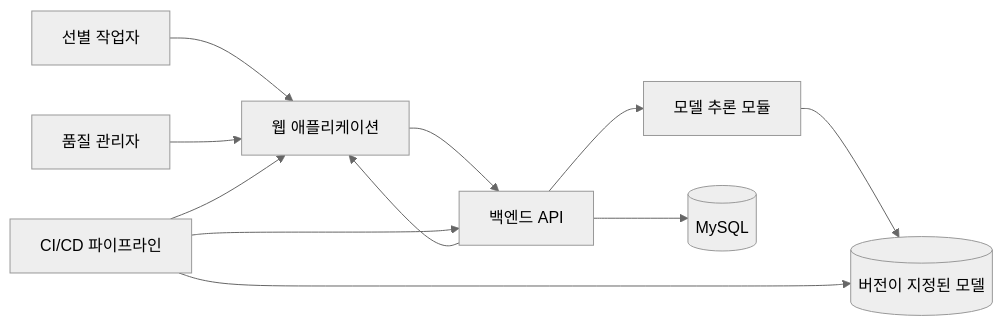
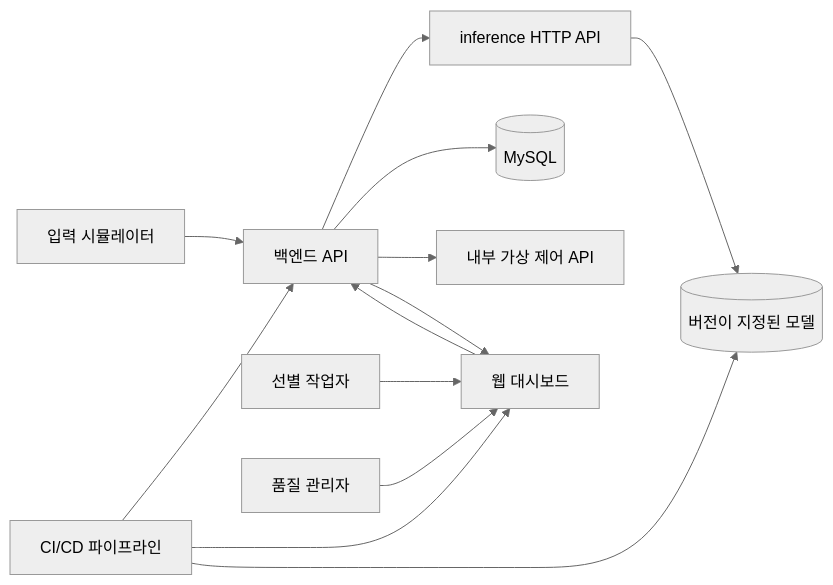
One commit to yuudong123/CQC changed the first of 3 diagrams in docs/architecture.md. Above: the diagram before and after it, drawn with Mermaid (neutral theme). The commit also changed other lines of this file and 7 other files, not shown here.

````diff
--- a/docs/architecture.md
+++ b/docs/architecture.md
@@ -20,13 +20,15 @@
 ```mermaid
 flowchart LR
-    Worker[선별 작업자] --> Web[웹 애플리케이션]
+    Simulator[입력 시뮬레이터] --> API[백엔드 API]
+    Worker[선별 작업자] --> Web[웹 대시보드]
     Manager[품질 관리자] --> Web
     Web --> API[백엔드 API]
-    API --> Infer[모델 추론 모듈]
+    API --> Infer[inference HTTP API]
     API --> DB[(MySQL)]
+    API --> Control[내부 가상 제어 API]
     Infer --> Model[(버전이 지정된 모델)]
     API --> Web
     CICD[CI/CD 파이프라인] --> API
     CICD --> Web
     CICD --> Model
 ```
````
